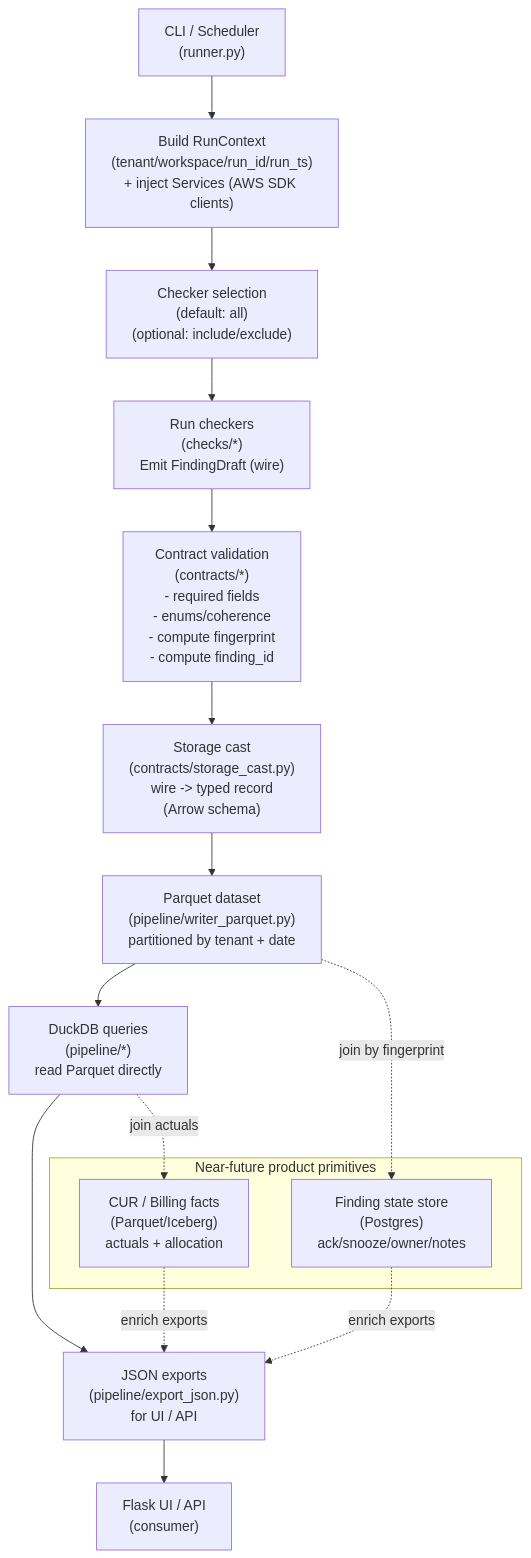
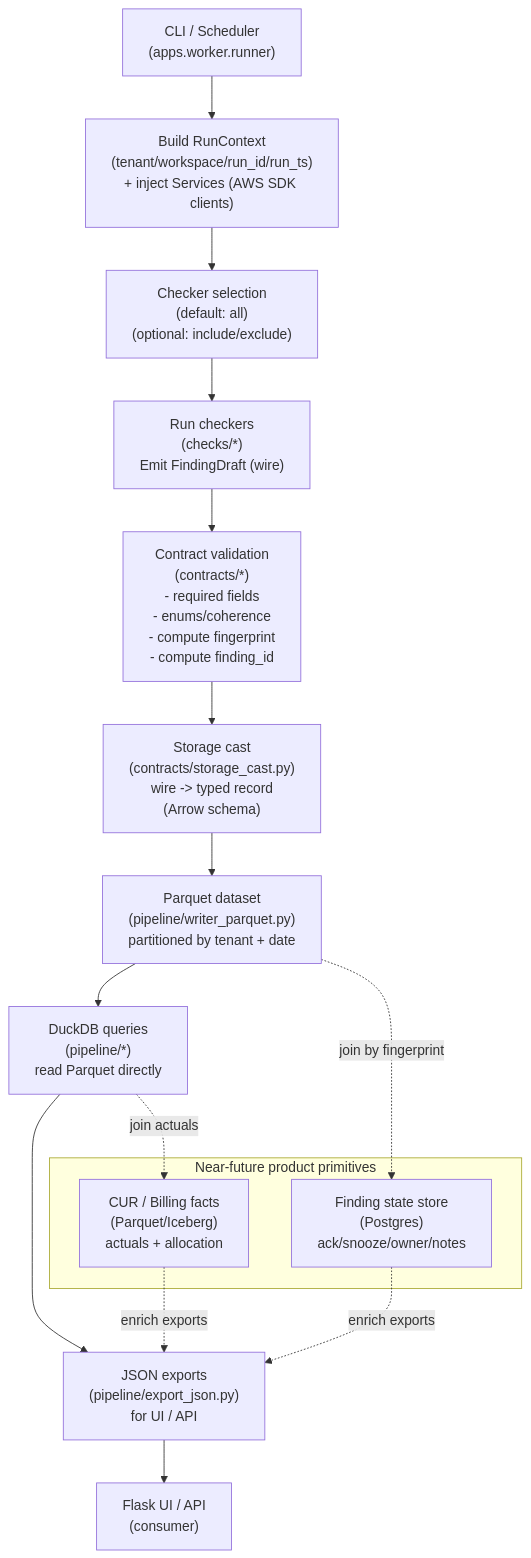
The diagram in docs/02_pipeline/diagrams/flow.mmd (YahiaNEBILI/McKaySystem), drawn with Mermaid before and after one commit. The commit also changed 24 other files, not shown here.

```diff
--- a/docs/02_pipeline/diagrams/flow.mmd
+++ b/docs/02_pipeline/diagrams/flow.mmd
@@ -1,38 +1,38 @@
 %% Status: Derived
 %% Last reviewed: 2026-02-01
 
 flowchart TD
   %% --- Entry / orchestration ---
-  CLI["CLI / Scheduler\n(runner.py)"] --> RC["Build RunContext\n(tenant/workspace/run_id/run_ts)\n+ inject Services (AWS SDK clients)"]
+  CLI["CLI / Scheduler\n(apps.worker.runner)"] --> RC["Build RunContext\n(tenant/workspace/run_id/run_ts)\n+ inject Services (AWS SDK clients)"]
 
   %% --- Checker execution ---
   RC --> DISC["Checker selection\n(default: all)\n(optional: include/exclude)"]
   DISC --> CHK["Run checkers\n(checks/*)\nEmit FindingDraft (wire)"]
 
   %% --- Contract boundary ---
   CHK --> VAL["Contract validation\n(contracts/*)\n- required fields\n- enums/coherence\n- compute fingerprint\n- compute finding_id"]
 
   %% --- Storage boundary ---
   VAL --> CAST["Storage cast\n(contracts/storage_cast.py)\nwire -> typed record\n(Arrow schema)"]
 
   %% --- Persistence ---
   CAST --> PQ["Parquet dataset\n(pipeline/writer_parquet.py)\npartitioned by tenant + date"]
 
   %% --- Analytics / export ---
   PQ --> DDB["DuckDB queries\n(pipeline/*)\nread Parquet directly"]
   DDB --> JSON["JSON exports\n(pipeline/export_json.py)\nfor UI / API"]
 
   %% --- UI / API ---
   JSON --> UI["Flask UI / API\n(consumer)"]
 
   %% --- Optional / near-future blocks ---
   subgraph Future["Near-future product primitives"]
     STATE["Finding state store\n(Postgres)\nack/snooze/owner/notes"] 
     CUR["CUR / Billing facts\n(Parquet/Iceberg)\nactuals + allocation"]
   end
 
   %% Joining state and cost
   PQ -. "join by fingerprint" .-> STATE
   DDB -. "join actuals" .-> CUR
   CUR -. "enrich exports" .-> JSON
   STATE -. "enrich exports" .-> JSON
```
